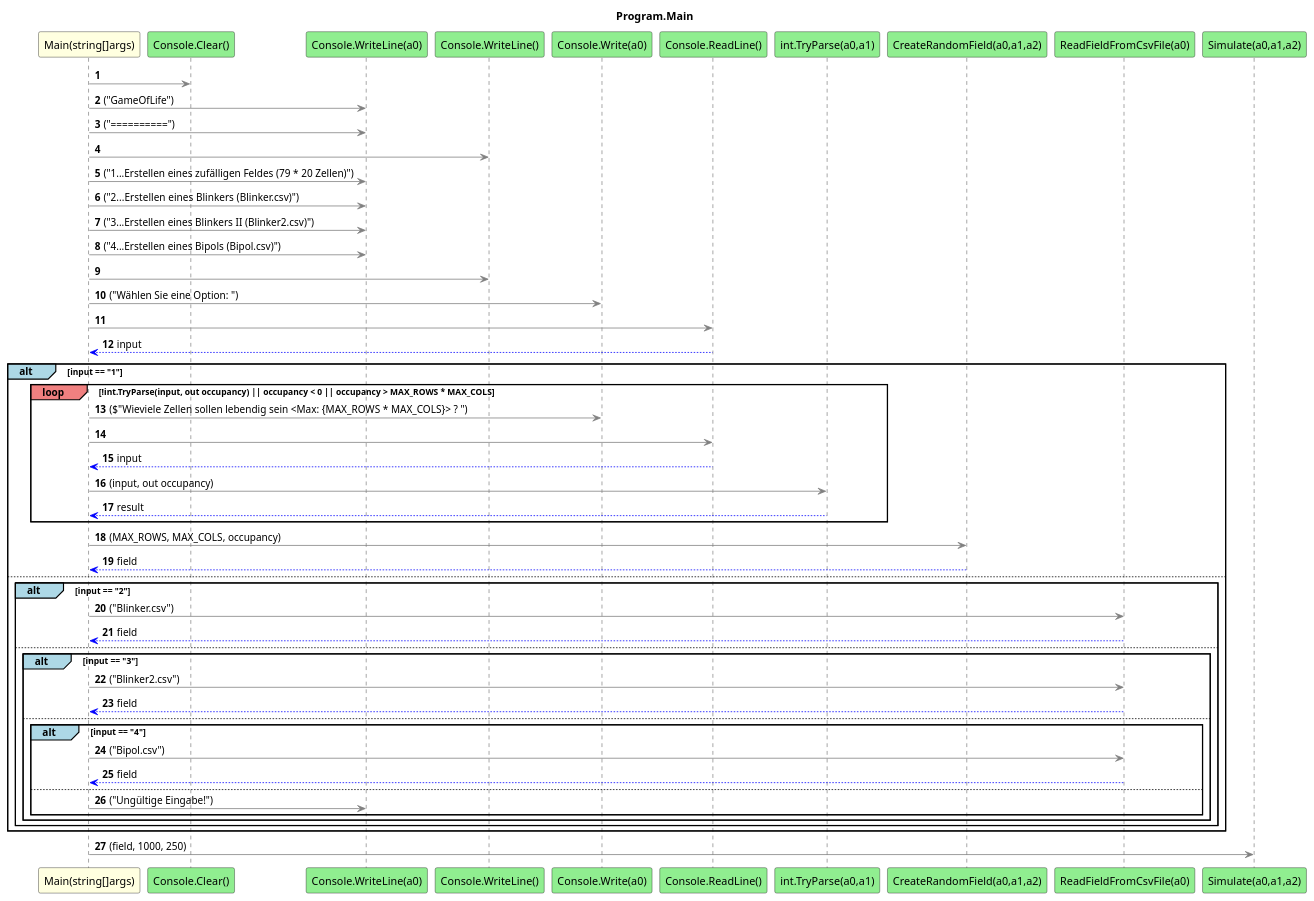
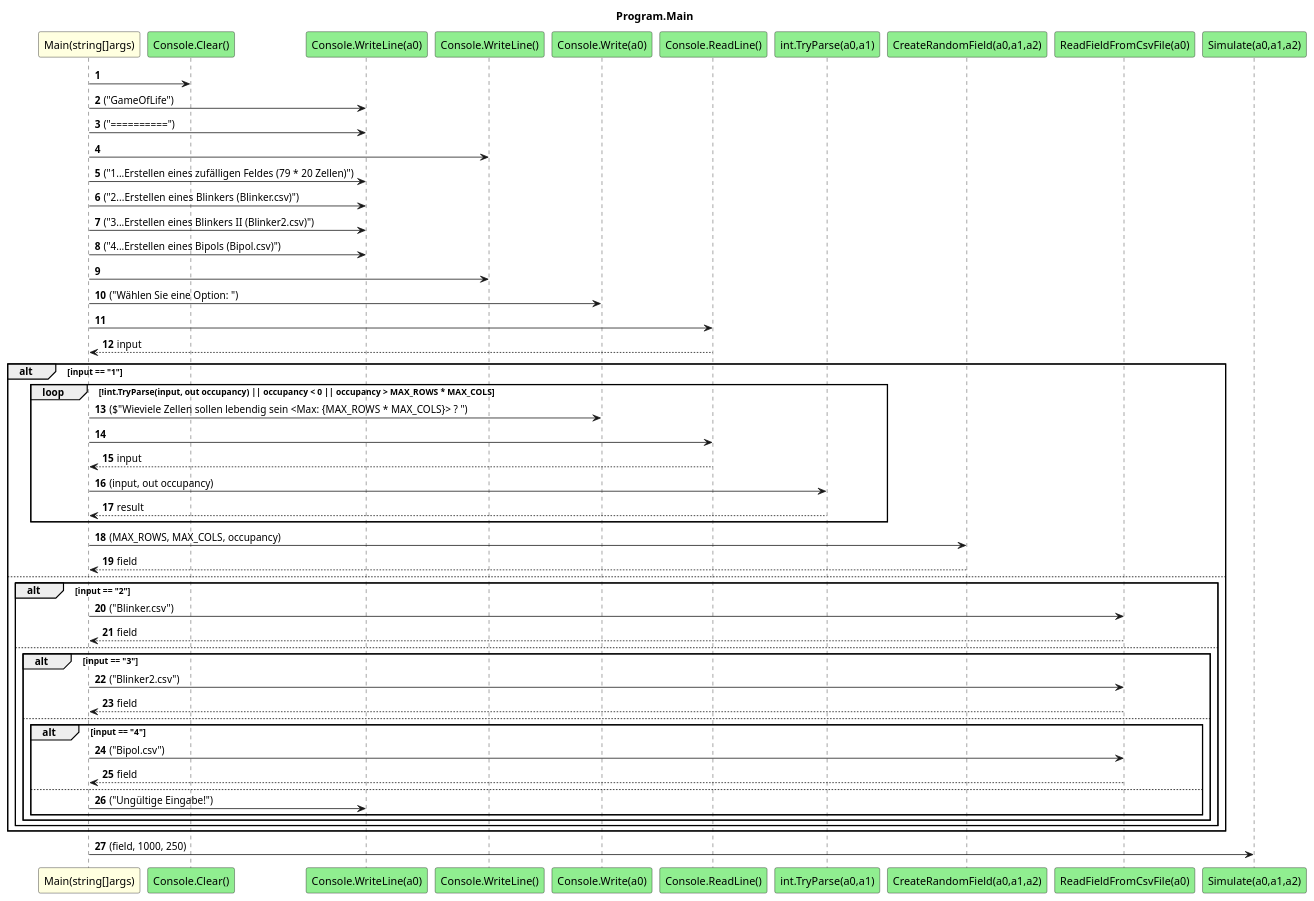
Before and after one commit to leoggehrer/2324-34_ABIF_ACIF_POSE: the diagram in GameOfLife.ConApp/diagrams/sq_Program_Main.puml, drawn with PlantUML. The commit also changed 479 other files, not shown here.

Commit message:
Updated diagrams.

```diff
--- a/GameOfLife.ConApp/diagrams/sq_Program_Main.puml
+++ b/GameOfLife.ConApp/diagrams/sq_Program_Main.puml
@@ -1,55 +1,55 @@
 @startuml Program.Main
 title Program.Main
 participant "Main(string[]args)" as Main_p0 #LightYellow
 participant "Console.Clear()" as Console_Clear #LightGreen
 participant "Console.WriteLine(a0)" as Console_WriteLine_a0 #LightGreen
 participant "Console.WriteLine()" as Console_WriteLine #LightGreen
 participant "Console.Write(a0)" as Console_Write_a0 #LightGreen
 participant "Console.ReadLine()" as Console_ReadLine #LightGreen
 participant "int.TryParse(a0,a1)" as int_TryParse_a0_a1 #LightGreen
 participant "CreateRandomField(a0,a1,a2)" as CreateRandomField_a0_a1_a2 #LightGreen
 participant "ReadFieldFromCsvFile(a0)" as ReadFieldFromCsvFile_a0 #LightGreen
 participant "Simulate(a0,a1,a2)" as Simulate_a0_a1_a2 #LightGreen
 autonumber
-Main_p0 -[#grey]> Console_Clear
-Main_p0 -[#grey]> Console_WriteLine_a0 : ("GameOfLife")
-Main_p0 -[#grey]> Console_WriteLine_a0 : ("==========")
-Main_p0 -[#grey]> Console_WriteLine
-Main_p0 -[#grey]> Console_WriteLine_a0 : ("1...Erstellen eines zufälligen Feldes (79 * 20 Zellen)")
-Main_p0 -[#grey]> Console_WriteLine_a0 : ("2...Erstellen eines Blinkers (Blinker.csv)")
-Main_p0 -[#grey]> Console_WriteLine_a0 : ("3...Erstellen eines Blinkers II (Blinker2.csv)")
-Main_p0 -[#grey]> Console_WriteLine_a0 : ("4...Erstellen eines Bipols (Bipol.csv)")
-Main_p0 -[#grey]> Console_WriteLine
-Main_p0 -[#grey]> Console_Write_a0 : ("Wählen Sie eine Option: ")
-Main_p0 -[#grey]> Console_ReadLine
-Console_ReadLine -[#blue]-> Main_p0 : input
-alt#LightBlue input == "1"
-    loop#LightCoral !int.TryParse(input, out occupancy) || occupancy < 0 || occupancy > MAX_ROWS * MAX_COLS
-        Main_p0 -[#grey]> Console_Write_a0 : ($"Wieviele Zellen sollen lebendig sein <Max: {MAX_ROWS * MAX_COLS}> ? ")
-        Main_p0 -[#grey]> Console_ReadLine
-        Console_ReadLine -[#blue]-> Main_p0 : input
-        Main_p0 -[#grey]> int_TryParse_a0_a1 : (input, out occupancy)
-        int_TryParse_a0_a1 -[#blue]-> Main_p0 : result
+Main_p0 -> Console_Clear
+Main_p0 -> Console_WriteLine_a0 : ("GameOfLife")
+Main_p0 -> Console_WriteLine_a0 : ("==========")
+Main_p0 -> Console_WriteLine
+Main_p0 -> Console_WriteLine_a0 : ("1...Erstellen eines zufälligen Feldes (79 * 20 Zellen)")
+Main_p0 -> Console_WriteLine_a0 : ("2...Erstellen eines Blinkers (Blinker.csv)")
+Main_p0 -> Console_WriteLine_a0 : ("3...Erstellen eines Blinkers II (Blinker2.csv)")
+Main_p0 -> Console_WriteLine_a0 : ("4...Erstellen eines Bipols (Bipol.csv)")
+Main_p0 -> Console_WriteLine
+Main_p0 -> Console_Write_a0 : ("Wählen Sie eine Option: ")
+Main_p0 -> Console_ReadLine
+Console_ReadLine --> Main_p0 : input
+alt input == "1"
+    loop !int.TryParse(input, out occupancy) || occupancy < 0 || occupancy > MAX_ROWS * MAX_COLS
+        Main_p0 -> Console_Write_a0 : ($"Wieviele Zellen sollen lebendig sein <Max: {MAX_ROWS * MAX_COLS}> ? ")
+        Main_p0 -> Console_ReadLine
+        Console_ReadLine --> Main_p0 : input
+        Main_p0 -> int_TryParse_a0_a1 : (input, out occupancy)
+        int_TryParse_a0_a1 --> Main_p0 : result
     end
-    Main_p0 -[#grey]> CreateRandomField_a0_a1_a2 : (MAX_ROWS, MAX_COLS, occupancy)
-    CreateRandomField_a0_a1_a2 -[#blue]-> Main_p0 : field
+    Main_p0 -> CreateRandomField_a0_a1_a2 : (MAX_ROWS, MAX_COLS, occupancy)
+    CreateRandomField_a0_a1_a2 --> Main_p0 : field
     else
-        alt#LightBlue input == "2"
-            Main_p0 -[#grey]> ReadFieldFromCsvFile_a0 : ("Blinker.csv")
-            ReadFieldFromCsvFile_a0 -[#blue]-> Main_p0 : field
+        alt input == "2"
+            Main_p0 -> ReadFieldFromCsvFile_a0 : ("Blinker.csv")
+            ReadFieldFromCsvFile_a0 --> Main_p0 : field
             else
-                alt#LightBlue input == "3"
-                    Main_p0 -[#grey]> ReadFieldFromCsvFile_a0 : ("Blinker2.csv")
-                    ReadFieldFromCsvFile_a0 -[#blue]-> Main_p0 : field
+                alt input == "3"
+                    Main_p0 -> ReadFieldFromCsvFile_a0 : ("Blinker2.csv")
+                    ReadFieldFromCsvFile_a0 --> Main_p0 : field
                     else
-                        alt#LightBlue input == "4"
-                            Main_p0 -[#grey]> ReadFieldFromCsvFile_a0 : ("Bipol.csv")
-                            ReadFieldFromCsvFile_a0 -[#blue]-> Main_p0 : field
+                        alt input == "4"
+                            Main_p0 -> ReadFieldFromCsvFile_a0 : ("Bipol.csv")
+                            ReadFieldFromCsvFile_a0 --> Main_p0 : field
                             else
-                                Main_p0 -[#grey]> Console_WriteLine_a0 : ("Ungültige Eingabe!")
+                                Main_p0 -> Console_WriteLine_a0 : ("Ungültige Eingabe!")
                         end
                 end
         end
 end
-Main_p0 -[#grey]> Simulate_a0_a1_a2 : (field, 1000, 250)
+Main_p0 -> Simulate_a0_a1_a2 : (field, 1000, 250)
 @enduml
```
